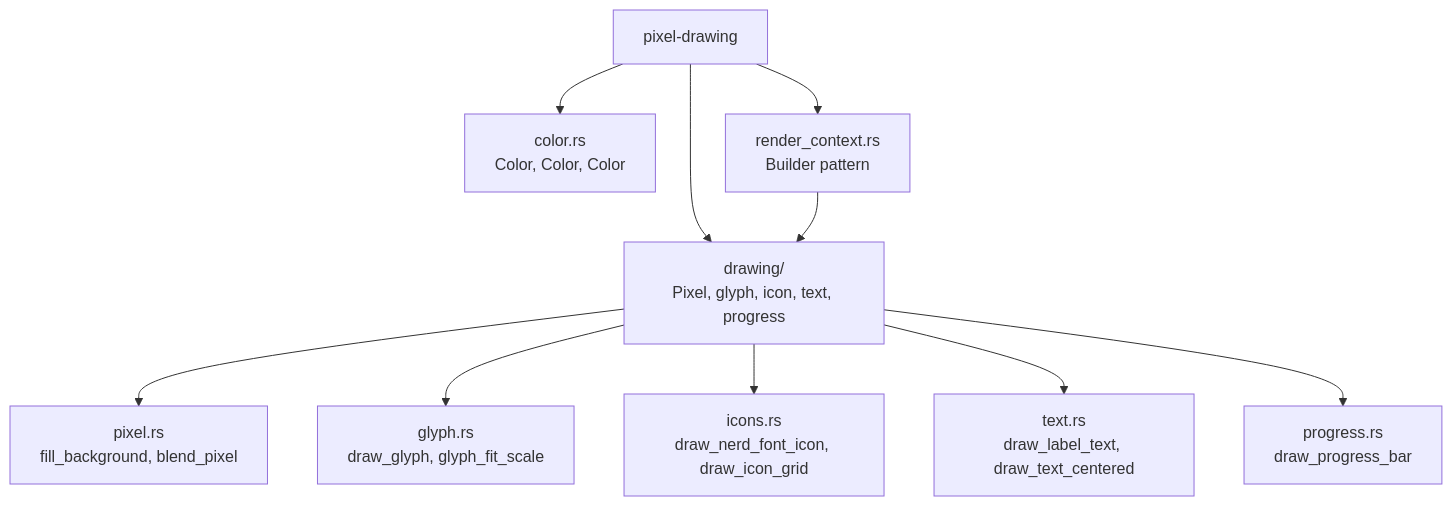
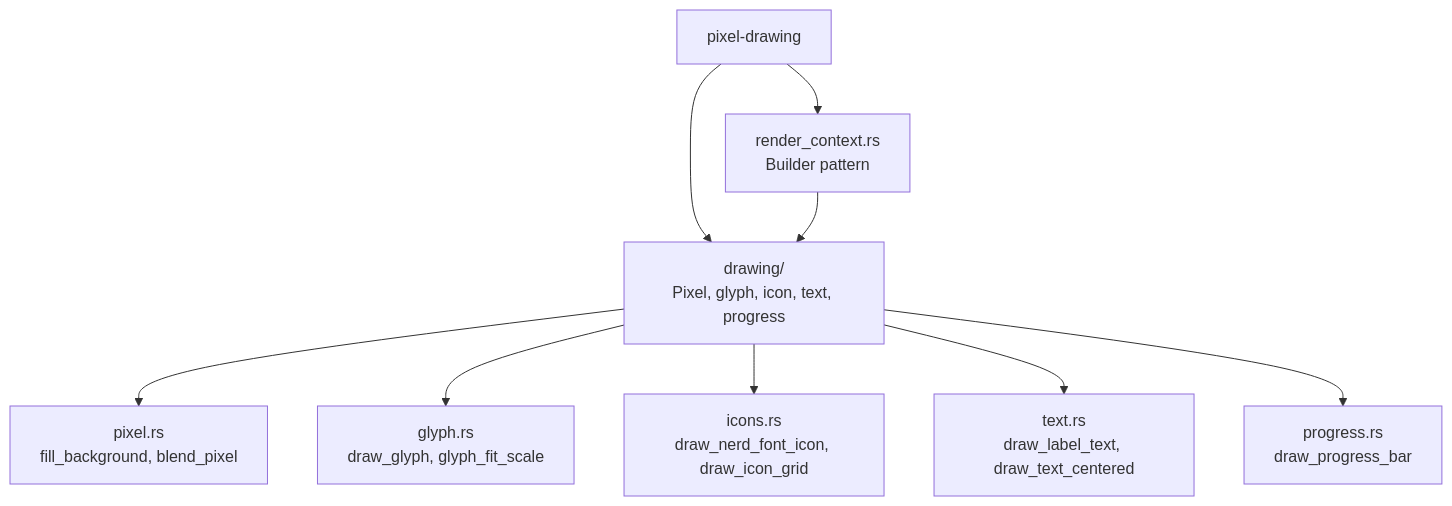
The diagram in book/src/introduction.md (smearor/pixel-drawing), drawn with Mermaid before and after one commit. The commit also changed other lines of this file and 21 other files, not shown here.

````diff
--- a/book/src/introduction.md
+++ b/book/src/introduction.md
@@ -27,20 +26,18 @@
 ```mermaid
 graph TD
     Lib["pixel-drawing"]
 
-    Color["color.rs<br/>Color<T>, Color<f64>, Color<u8>"]
     Drawing["drawing/<br/>Pixel, glyph, icon, text, progress"]
     RenderContext["render_context.rs<br/>Builder pattern"]
 
-    Lib --> Color
     Lib --> Drawing
     Lib --> RenderContext
 
     Drawing --> Pixel["pixel.rs<br/>fill_background, blend_pixel"]
     Drawing --> Glyph["glyph.rs<br/>draw_glyph, glyph_fit_scale"]
     Drawing --> Icons["icons.rs<br/>draw_nerd_font_icon, draw_icon_grid"]
     Drawing --> Text["text.rs<br/>draw_label_text, draw_text_centered"]
     Drawing --> Progress["progress.rs<br/>draw_progress_bar"]
 
     RenderContext --> Drawing
 ```
````
